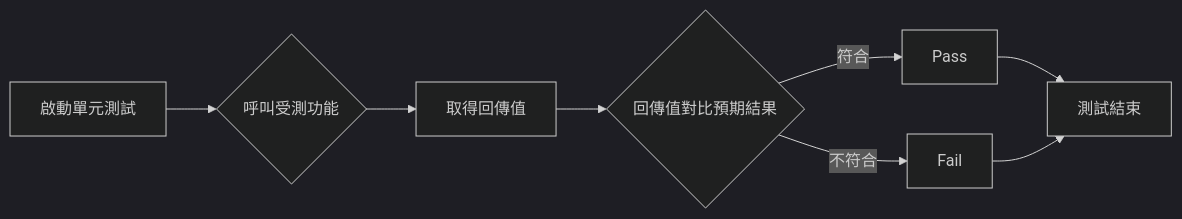
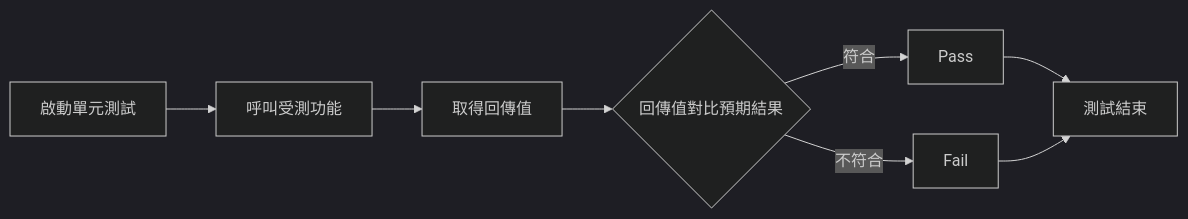
One commit to deverqqqq/DevElixir changed the diagram in docs/dotnet/test/unit/assert/01_回傳值.md. Above: the diagram before and after it, drawn with Mermaid (dark theme). The commit also changed other lines of this file and 9 other files, not shown here.

````diff
--- a/docs/dotnet/test/unit/assert/01_回傳值.md
+++ b/docs/dotnet/test/unit/assert/01_回傳值.md
@@ -17,10 +17,10 @@
 ```mermaid
 graph LR;
-    A[啟動單元測試] --> B{呼叫受測功能};
+    A[啟動單元測試] --> B[呼叫受測功能];
     B --> C[取得回傳值];
     C --> D{回傳值對比預期結果};
     D -->|符合| E[Pass];
     D -->|不符合| F[Fail];
     E --> G[測試結束];
     F --> G;
 ```
````
